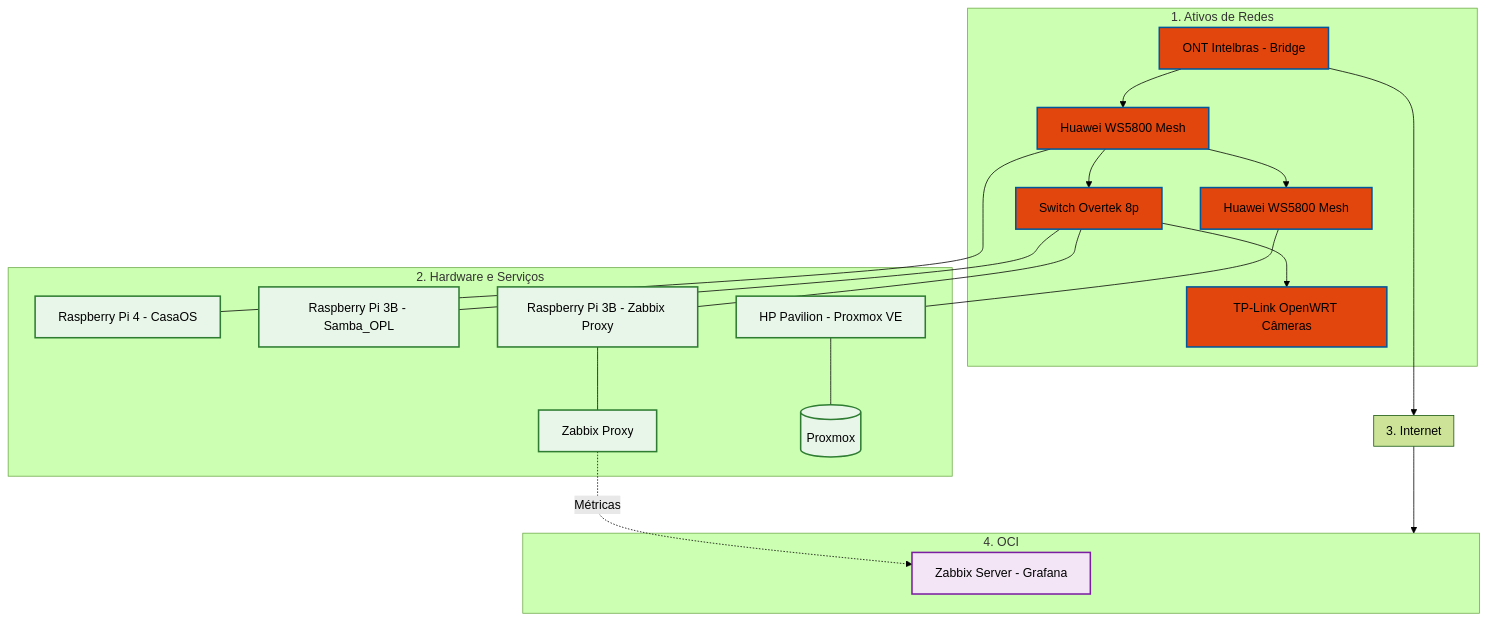
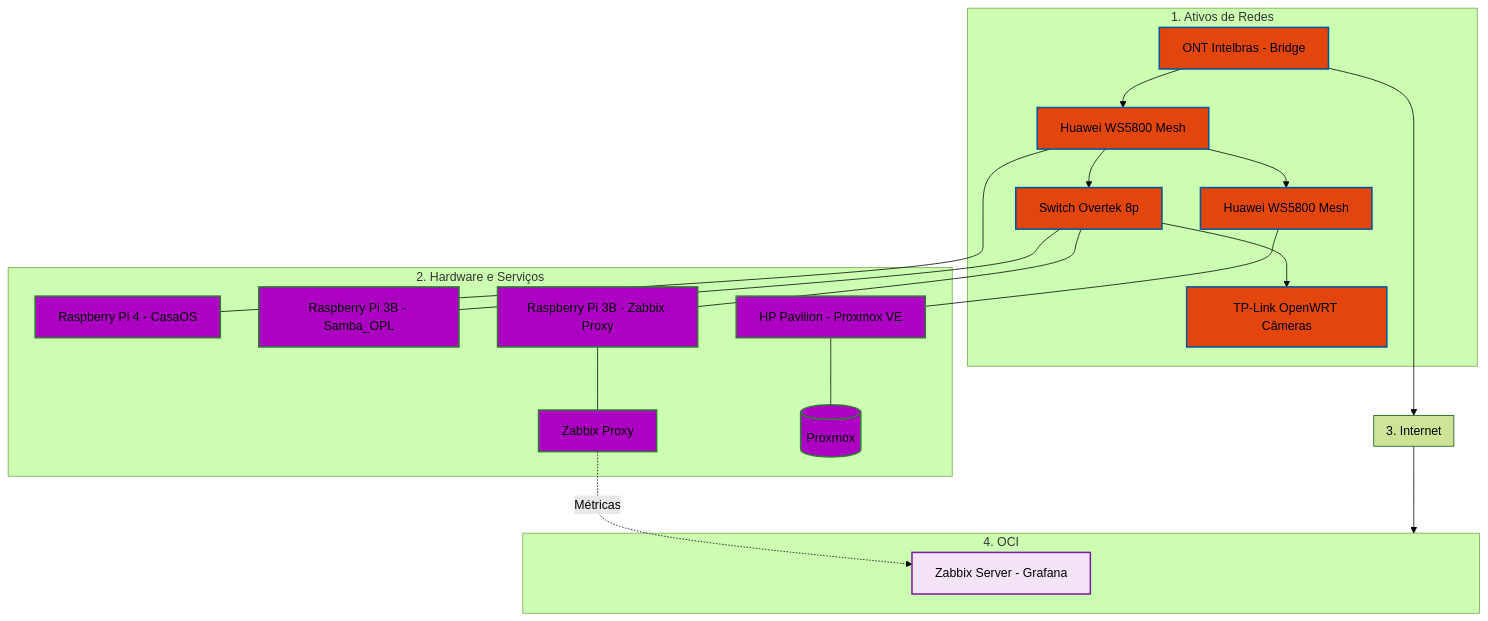
Before and after one commit to kevindexter22/Dr-Hardware-Autonet: the diagram in Infraestructure/README.md, drawn with Mermaid (forest theme).

````diff
--- a/Infraestructure/README.md
+++ b/Infraestructure/README.md
@@ -13,45 +13,45 @@
 ```mermaid
 graph TD
     %% Estilos
     classDef rede fill:#e3460d,stroke:#01579b,stroke-width:2px;
-    classDef hardware fill:#e8f5e9,stroke:#2e7d32,stroke-width:2px;
+    classDef hardware fill:#AC00C2,stroke:#2e7d32,stroke-width:2px;
     classDef tunel fill:#fff3e0,stroke:#ef6c00,stroke-width:2px,stroke-dasharray: 5 5;
     classDef oci fill:#f3e5f5,stroke:#7b1fa2,stroke-width:2px;
 
     %% 1. ATIVOS DE REDE
     subgraph S1 [1. Ativos de Redes]
         ONT[ONT Intelbras - Bridge]:::rede --> R_Mesh1[Huawei WS5800 Mesh]:::rede
         R_Mesh1 --> R_Mesh2[Huawei WS5800 Mesh]:::rede
         R_Mesh1 --> SW1[Switch Overtek 8p]:::rede
         SW1 --> R_Cams[TP-Link OpenWRT Câmeras]:::rede
     end
 
     %% 2. HARDWARE E SERVIÇOS
     subgraph S2 [2. Hardware e Serviços]
         R_Mesh1 --- RPi4[Raspberry Pi 4 - CasaOS]:::hardware
         SW1 --- RPi3_1[Raspberry Pi 3B - Samba_OPL]:::hardware
         SW1 --- RPi3_2[Raspberry Pi 3B - Zabbix Proxy]:::hardware
         R_Mesh2 --- HP[HP Pavilion - Proxmox VE]:::hardware
         
         
         RPi3_2 --- ZP[Zabbix Proxy]:::hardware
         HP --- PVE[(Proxmox)]:::hardware
     end
 
     %% 3. Internet (A PONTE)
     subgraph S3 [3. Internet]
     end
 
     %% 4. OCI
     subgraph S4 [4. OCI]
         ZS[Zabbix Server - Grafana]:::oci
     end
 
     %% Conexões de Fluxo de Dados para manter a ordem
     ONT --> S3
     S3 --> S4
     
     %% Relacionamentos lógicos (setas duplas para replicação)
     ZP -.-> |Métricas| ZS
 
 ```
````
